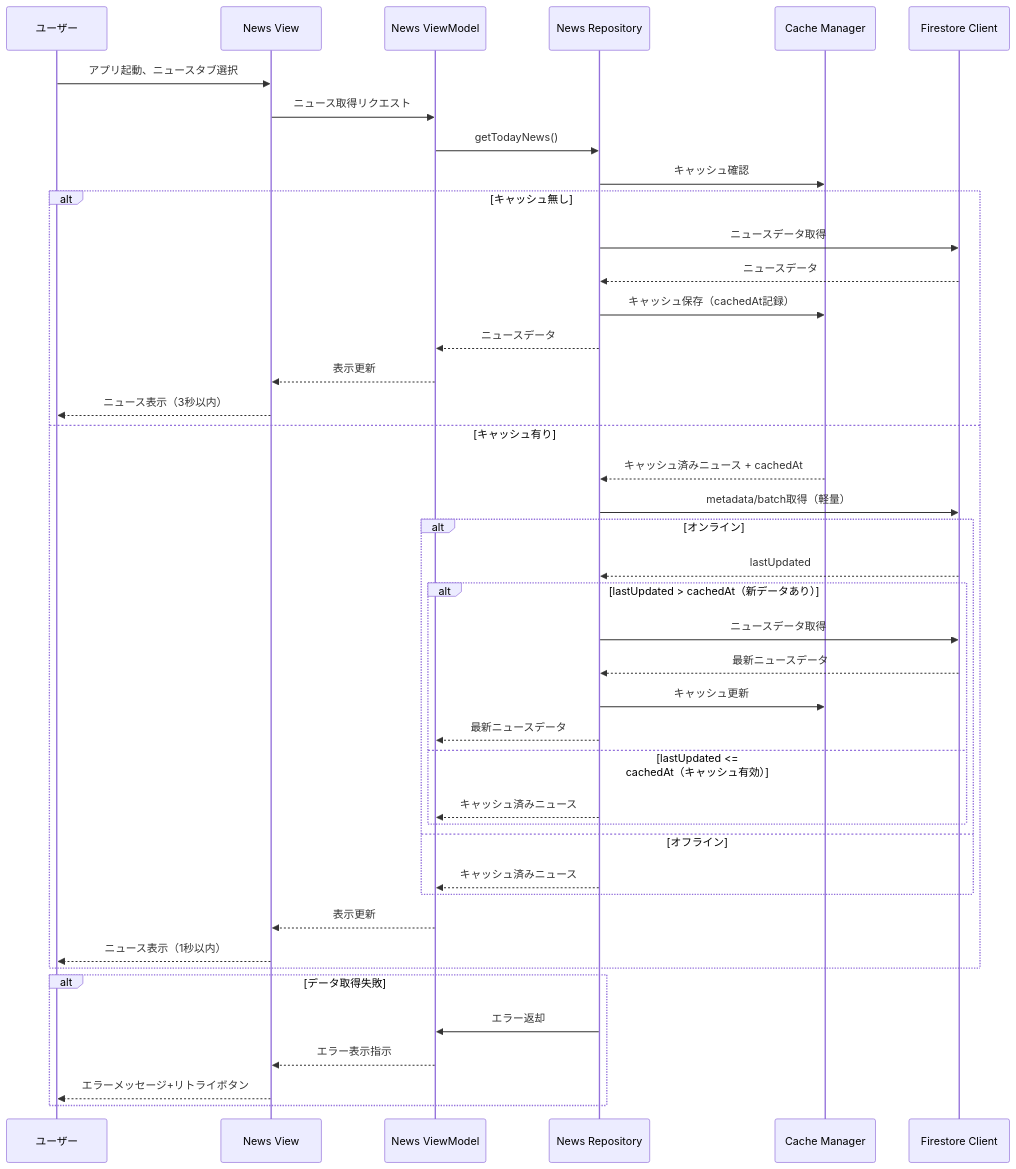
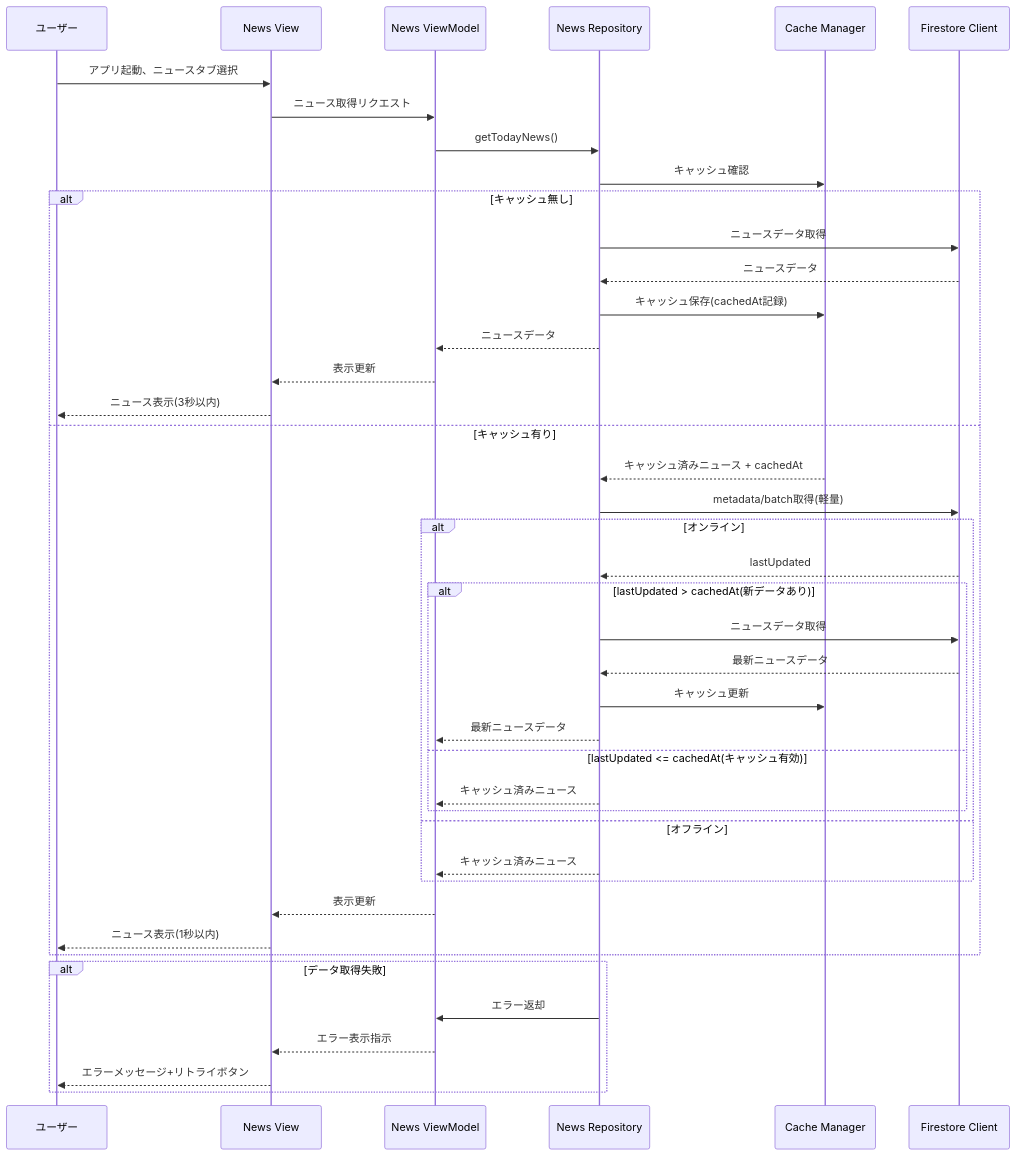
Before and after one commit to acmk189/invest-learning-app: the fourth of 4 diagrams in .kiro/specs/investment-news-app/design.md, drawn with Mermaid. The commit also changed other lines of this file and 108 other files, not shown here.

````diff
--- a/.kiro/specs/investment-news-app/design.md
+++ b/.kiro/specs/investment-news-app/design.md
@@ -234,47 +234,47 @@
 ```mermaid
 sequenceDiagram
     participant User as ユーザー
     participant NewsView as News View
     participant NewsViewModel as News ViewModel
     participant NewsRepository as News Repository
     participant Cache as Cache Manager
     participant Firestore as Firestore Client
 
     User->>NewsView: アプリ起動、ニュースタブ選択
     NewsView->>NewsViewModel: ニュース取得リクエスト
     NewsViewModel->>NewsRepository: getTodayNews()
 
     NewsRepository->>Cache: キャッシュ確認
     alt キャッシュ無し
         NewsRepository->>Firestore: ニュースデータ取得
         Firestore-->>NewsRepository: ニュースデータ
-        NewsRepository->>Cache: キャッシュ保存（cachedAt記録）
+        NewsRepository->>Cache: キャッシュ保存(cachedAt記録)
         NewsRepository-->>NewsViewModel: ニュースデータ
         NewsViewModel-->>NewsView: 表示更新
-        NewsView-->>User: ニュース表示（3秒以内）
+        NewsView-->>User: ニュース表示(3秒以内)
     else キャッシュ有り
         Cache-->>NewsRepository: キャッシュ済みニュース + cachedAt
-        NewsRepository->>Firestore: metadata/batch取得（軽量）
+        NewsRepository->>Firestore: metadata/batch取得(軽量)
         alt オンライン
             Firestore-->>NewsRepository: lastUpdated
-            alt lastUpdated > cachedAt（新データあり）
+            alt lastUpdated > cachedAt(新データあり)
                 NewsRepository->>Firestore: ニュースデータ取得
                 Firestore-->>NewsRepository: 最新ニュースデータ
                 NewsRepository->>Cache: キャッシュ更新
                 NewsRepository-->>NewsViewModel: 最新ニュースデータ
-            else lastUpdated <= cachedAt（キャッシュ有効）
+            else lastUpdated <= cachedAt(キャッシュ有効)
                 NewsRepository-->>NewsViewModel: キャッシュ済みニュース
             end
         else オフライン
             NewsRepository-->>NewsViewModel: キャッシュ済みニュース
         end
         NewsViewModel-->>NewsView: 表示更新
-        NewsView-->>User: ニュース表示（1秒以内）
+        NewsView-->>User: ニュース表示(1秒以内)
     end
 
     alt データ取得失敗
         NewsRepository->>NewsViewModel: エラー返却
         NewsViewModel-->>NewsView: エラー表示指示
         NewsView-->>User: エラーメッセージ+リトライボタン
     end
 ```
````
